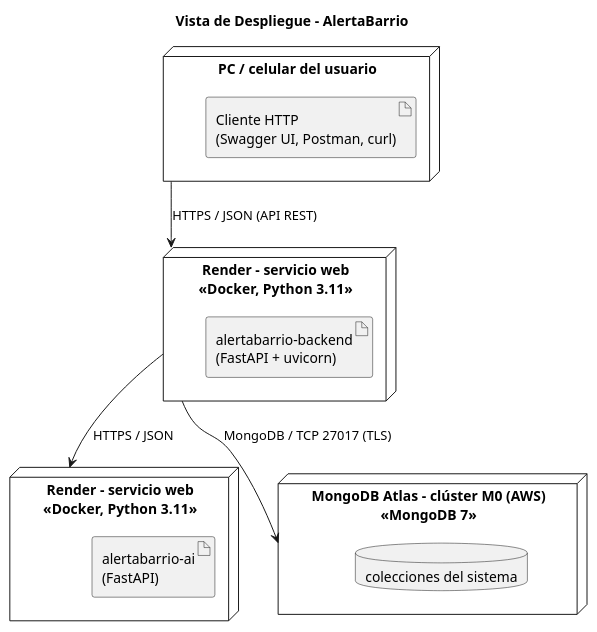
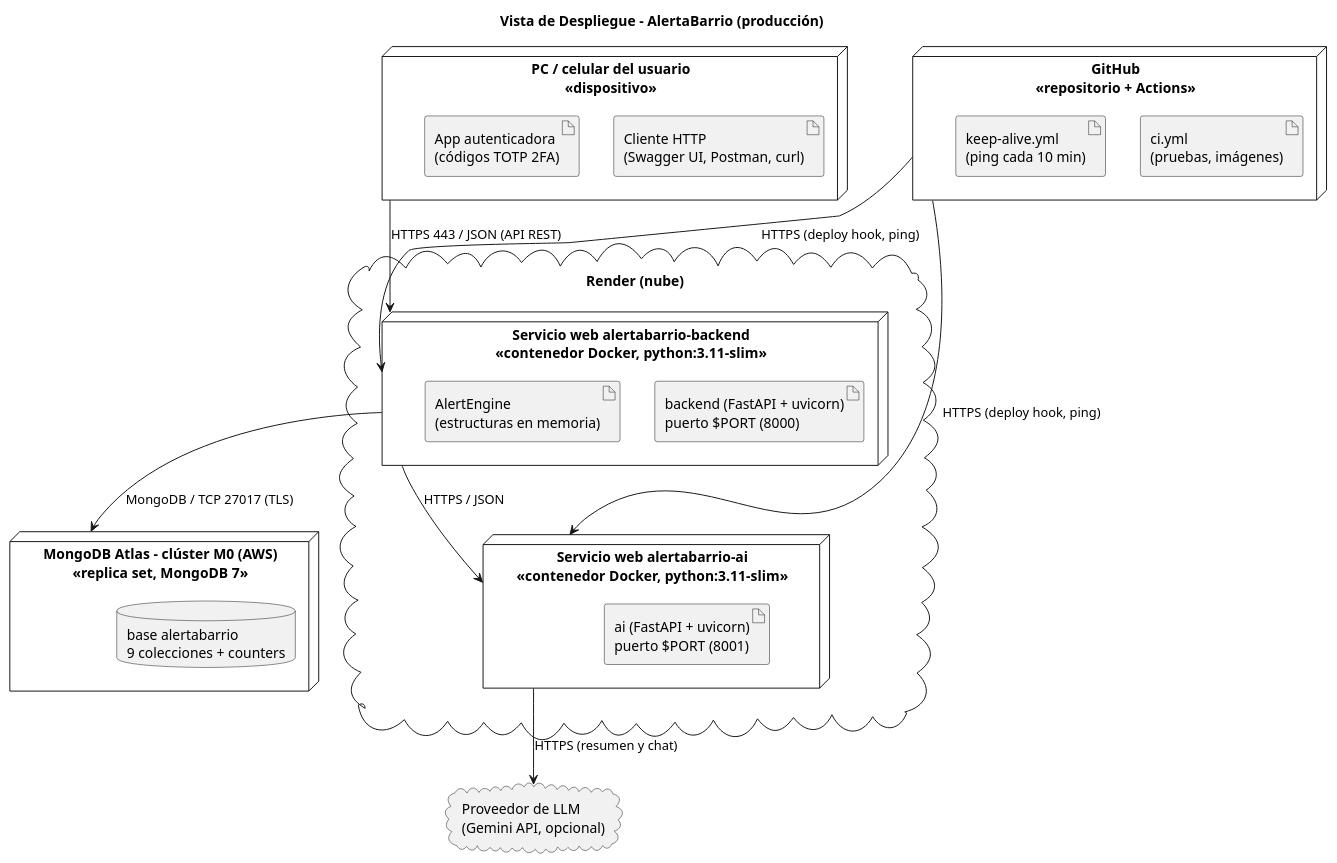
One commit to neber18/AlertaBarrio-Diseno-de-Software changed the diagram in docs/diagramas/5_vista_despliegue.puml. Above: the diagram before and after it, drawn with PlantUML. The commit also changed 12 other files, not shown here.

```diff
--- a/docs/diagramas/5_vista_despliegue.puml
+++ b/docs/diagramas/5_vista_despliegue.puml
@@ -1,20 +1,36 @@
 @startuml Vista_Despliegue_AlertaBarrio
-title Vista de Despliegue - AlertaBarrio
+title Vista de Despliegue - AlertaBarrio (producción)
 
-node "PC / celular del usuario" as N1 {
+node "PC / celular del usuario\n<<dispositivo>>" as N1 {
   artifact "Cliente HTTP\n(Swagger UI, Postman, curl)" as A1
-}
-node "Render - servicio web\n<<Docker, Python 3.11>>" as N3 {
-  artifact "alertabarrio-backend\n(FastAPI + uvicorn)" as A3
-}
-node "Render - servicio web\n<<Docker, Python 3.11>>" as N4 {
-  artifact "alertabarrio-ai\n(FastAPI)" as A4
-}
-node "MongoDB Atlas - clúster M0 (AWS)\n<<MongoDB 7>>" as N5 {
-  database "colecciones del sistema" as A5
+  artifact "App autenticadora\n(códigos TOTP 2FA)" as A1b
 }
 
-N1 --> N3 : HTTPS / JSON (API REST)
+cloud "Render (nube)" as R {
+  node "Servicio web alertabarrio-backend\n<<contenedor Docker, python:3.11-slim>>" as N3 {
+    artifact "backend (FastAPI + uvicorn)\npuerto $PORT (8000)" as A3
+    artifact "AlertEngine\n(estructuras en memoria)" as A3b
+  }
+  node "Servicio web alertabarrio-ai\n<<contenedor Docker, python:3.11-slim>>" as N4 {
+    artifact "ai (FastAPI + uvicorn)\npuerto $PORT (8001)" as A4
+  }
+}
+
+node "MongoDB Atlas - clúster M0 (AWS)\n<<replica set, MongoDB 7>>" as N5 {
+  database "base alertabarrio\n9 colecciones + counters" as A5
+}
+
+cloud "Proveedor de LLM\n(Gemini API, opcional)" as N6
+
+node "GitHub\n<<repositorio + Actions>>" as N7 {
+  artifact "ci.yml\n(pruebas, imágenes)" as A7
+  artifact "keep-alive.yml\n(ping cada 10 min)" as A7b
+}
+
+N1 --> N3 : HTTPS 443 / JSON (API REST)
 N3 --> N4 : HTTPS / JSON
 N3 --> N5 : MongoDB / TCP 27017 (TLS)
+N4 --> N6 : HTTPS (resumen y chat)
+N7 --> N3 : HTTPS (deploy hook, ping)
+N7 --> N4 : HTTPS (deploy hook, ping)
 @enduml
```
